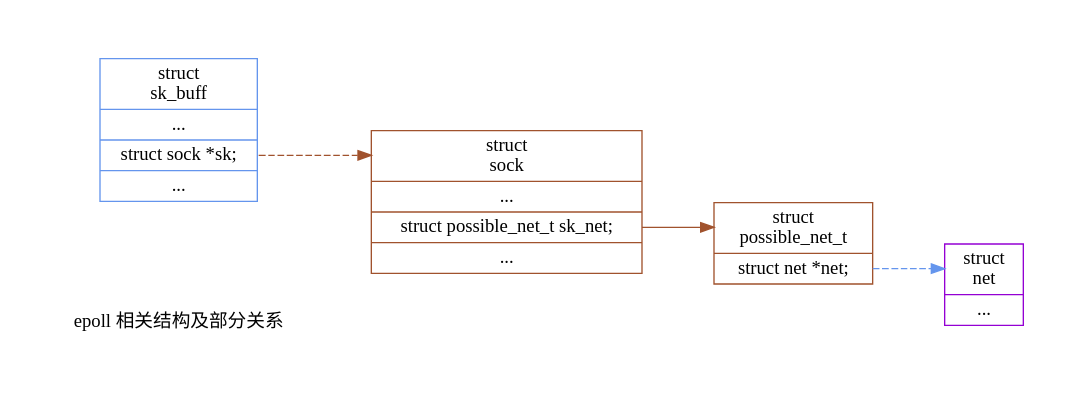
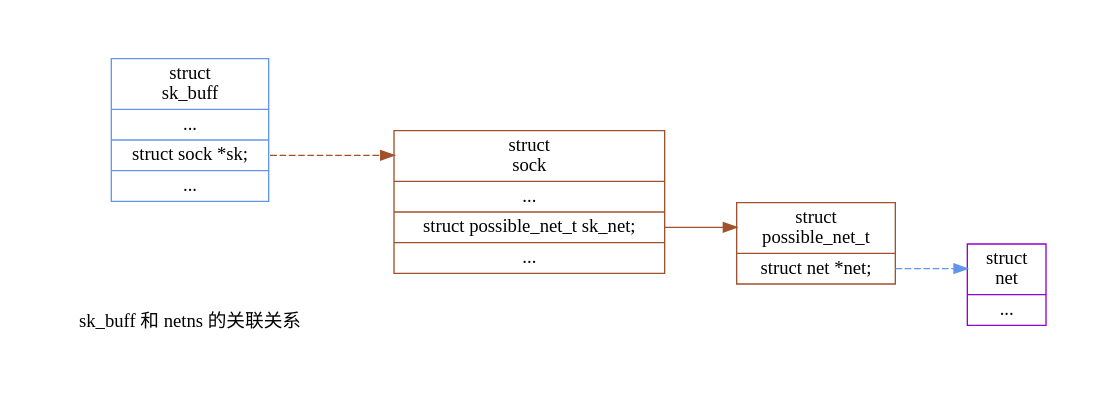
One commit to bodhix/network-docs changed the diagram in graphviz/sk_buff_netns.gv. Above: the diagram before and after it, drawn with Graphviz. The commit also changed 1 other file, not shown here.

```diff
--- a/graphviz/sk_buff_netns.gv
+++ b/graphviz/sk_buff_netns.gv
@@ -1,45 +1,45 @@
 digraph rankdot {
 	compound=true
 	margin="0,0"
 	ranksep = .75
 	nodesep = 1
 	pad = .5
 	rankdir = LR
 
 	node [shape=record, charset = "UTF-8" fontname="Microsoft YaHei", fontsize=14]
 	edge [style = dashed, charset = "UTF-8" fontname="Microsoft YaHei", fontsize=11]
 
-	epoll [shape = plaintext, label = "epoll 相关结构及部分关系"]
+	epoll [shape = plaintext, label = "sk_buff 和 netns 的关联关系"]
 
 	sk_buff [
 		color = cornflowerblue,
 		label = "<head> struct \n sk_buff |
 			... |
 			<sk> struct sock *sk; |
 			..."
 	]
 
 	sock [
 		color = sienna,
 		label = "<head> struct \n sock  |
 			... |
 			<possible_net_t> struct possible_net_t sk_net; |
 			..."
 	]
 
 	possible_net_t [
 		color = sienna,
 		label = "<head> struct \n possible_net_t |
 			<net> struct net *net; "
 	]
 
 	net [
 		color = darkviolet,
 		label = "<head> struct \n net |
 			... "
 	]
 
 	sk_buff:sk -> sock:head [color = sienna]
 	sock:possible_net_t -> possible_net_t:head [style = solid, color = sienna]
 	possible_net_t:net -> net:head [color = cornflowerblue]
 }
```
